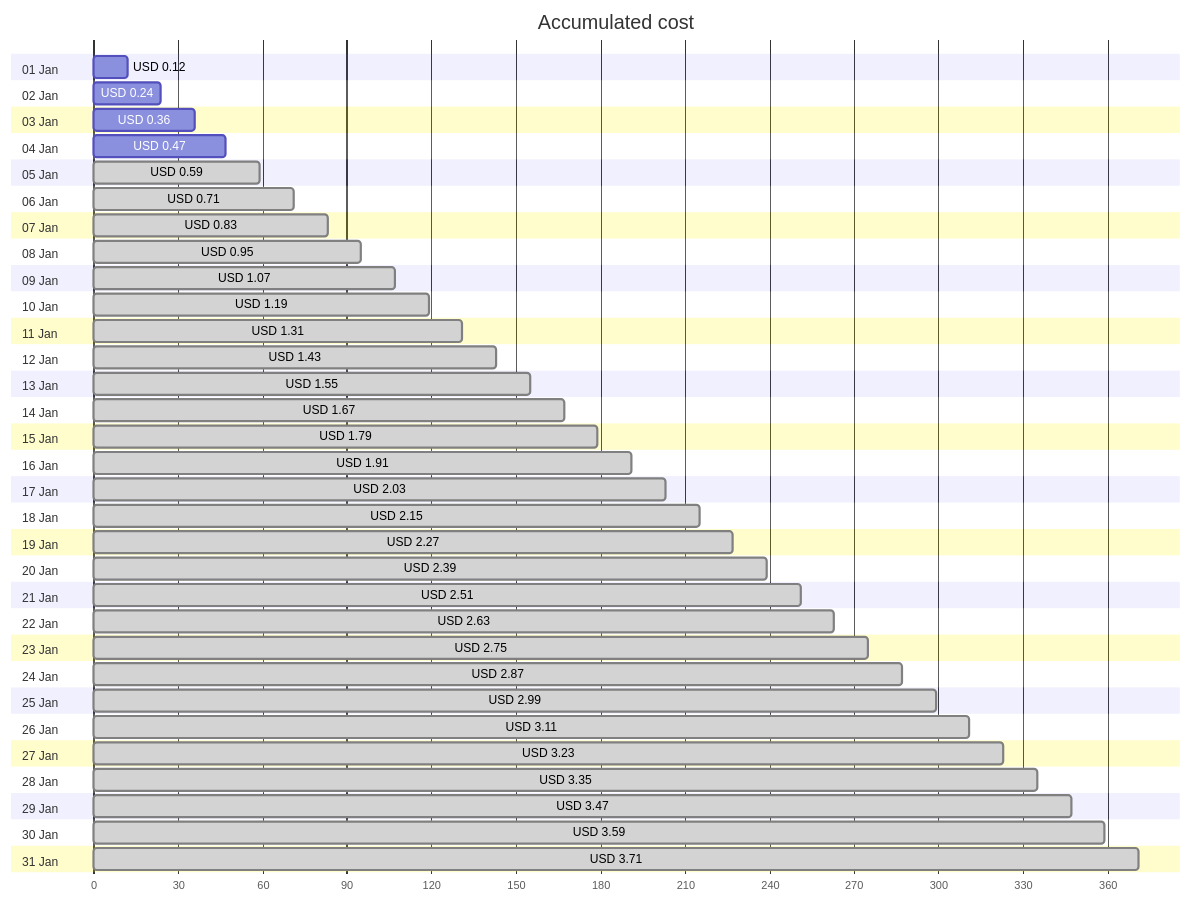
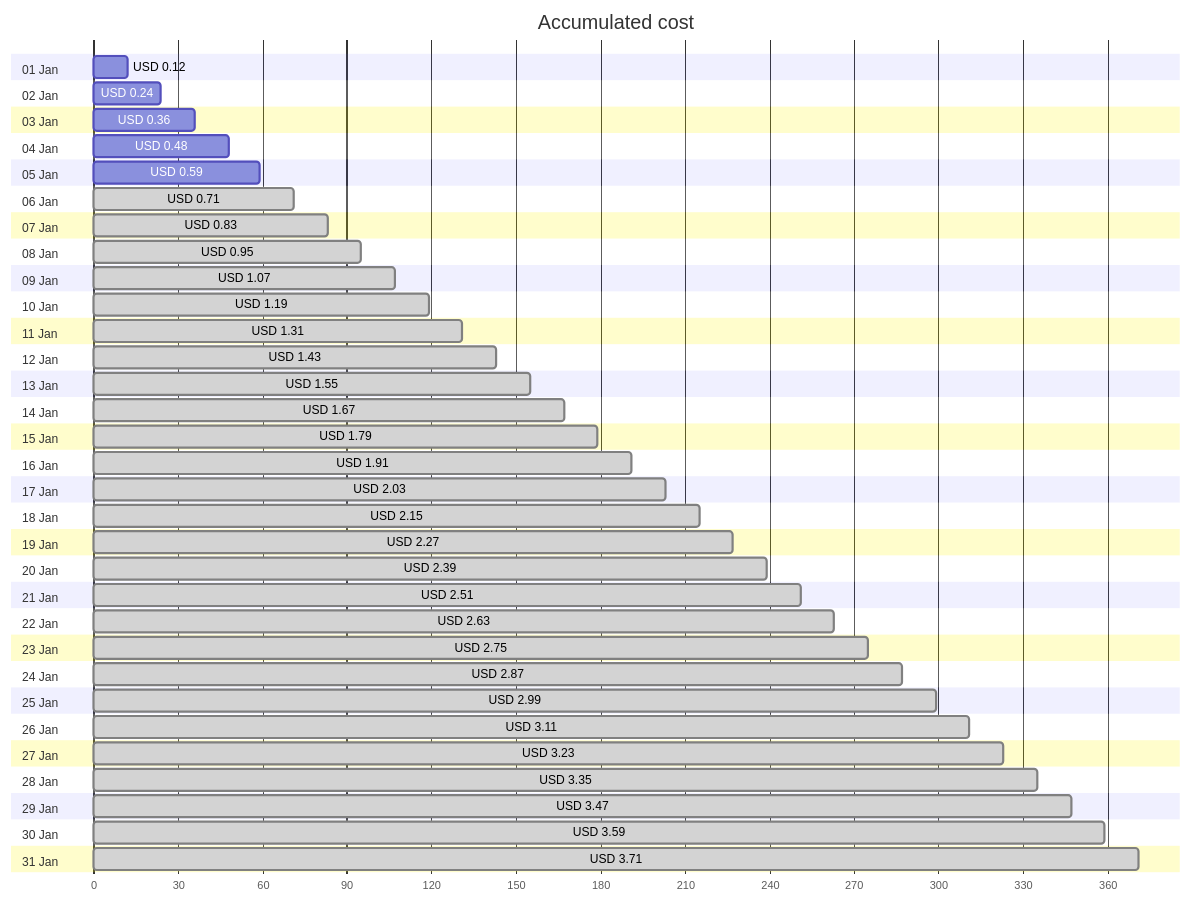
Before and after one commit to jpfulton/azure-personal-reports: the first of 4 diagrams in cost-reports/personal-network/backup-server-public-ip.md, drawn with Mermaid. The commit also changed other lines of this file and 8 other files, not shown here.

````diff
--- a/cost-reports/personal-network/backup-server-public-ip.md
+++ b/cost-reports/personal-network/backup-server-public-ip.md
@@ -20,68 +20,68 @@
 ```mermaid
 gantt
    title Accumulated cost
    dateFormat  X
    axisFormat %s
    section 01 Jan
    USD 0.12 :0, 12
    section 02 Jan
    USD 0.24 :0, 24
    section 03 Jan
    USD 0.36 :0, 36
    section 04 Jan
-   USD 0.47 :0, 47
+   USD 0.48 :0, 48
    section 05 Jan
-   USD 0.59 : done, 0, 59
+   USD 0.59 :0, 59
    section 06 Jan
    USD 0.71 : done, 0, 71
    section 07 Jan
    USD 0.83 : done, 0, 83
    section 08 Jan
    USD 0.95 : done, 0, 95
    section 09 Jan
    USD 1.07 : done, 0, 107
    section 10 Jan
    USD 1.19 : done, 0, 119
    section 11 Jan
    USD 1.31 : done, 0, 131
    section 12 Jan
    USD 1.43 : done, 0, 143
    section 13 Jan
    USD 1.55 : done, 0, 155
    section 14 Jan
    USD 1.67 : done, 0, 167
    section 15 Jan
    USD 1.79 : done, 0, 179
    section 16 Jan
    USD 1.91 : done, 0, 191
    section 17 Jan
    USD 2.03 : done, 0, 203
    section 18 Jan
    USD 2.15 : done, 0, 215
    section 19 Jan
    USD 2.27 : done, 0, 227
    section 20 Jan
    USD 2.39 : done, 0, 239
    section 21 Jan
    USD 2.51 : done, 0, 251
    section 22 Jan
    USD 2.63 : done, 0, 263
    section 23 Jan
    USD 2.75 : done, 0, 275
    section 24 Jan
    USD 2.87 : done, 0, 287
    section 25 Jan
    USD 2.99 : done, 0, 299
    section 26 Jan
    USD 3.11 : done, 0, 311
    section 27 Jan
    USD 3.23 : done, 0, 323
    section 28 Jan
    USD 3.35 : done, 0, 335
    section 29 Jan
    USD 3.47 : done, 0, 347
    section 30 Jan
    USD 3.59 : done, 0, 359
    section 31 Jan
    USD 3.71 : done, 0, 371
 ```
````
